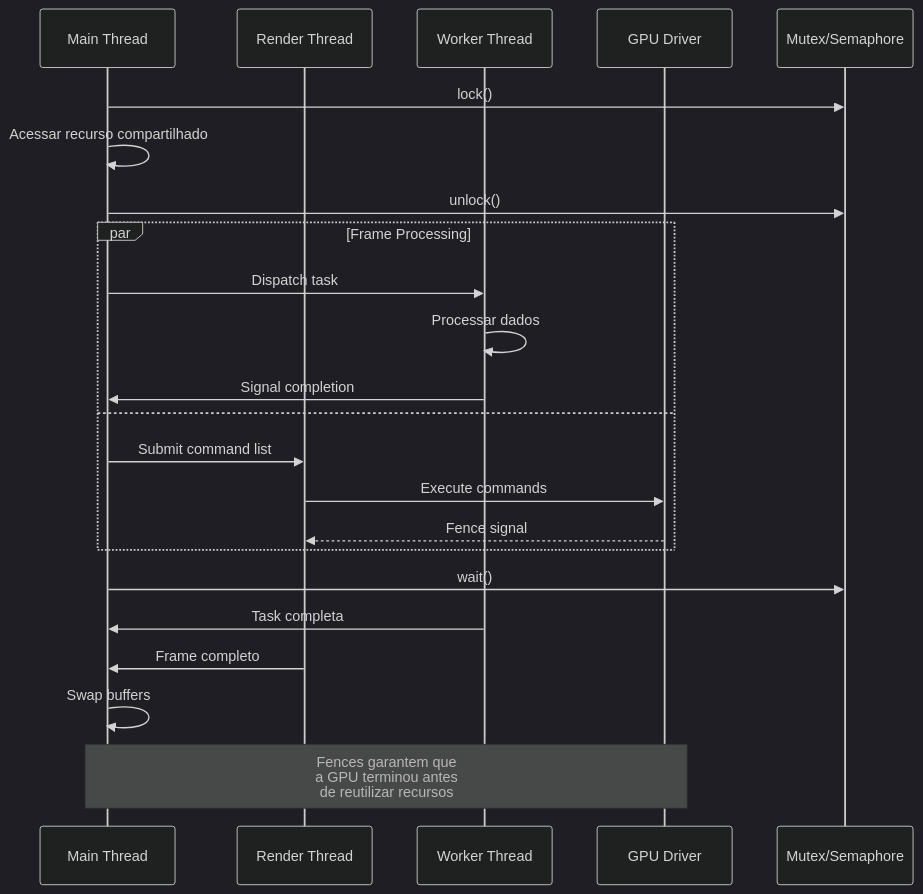
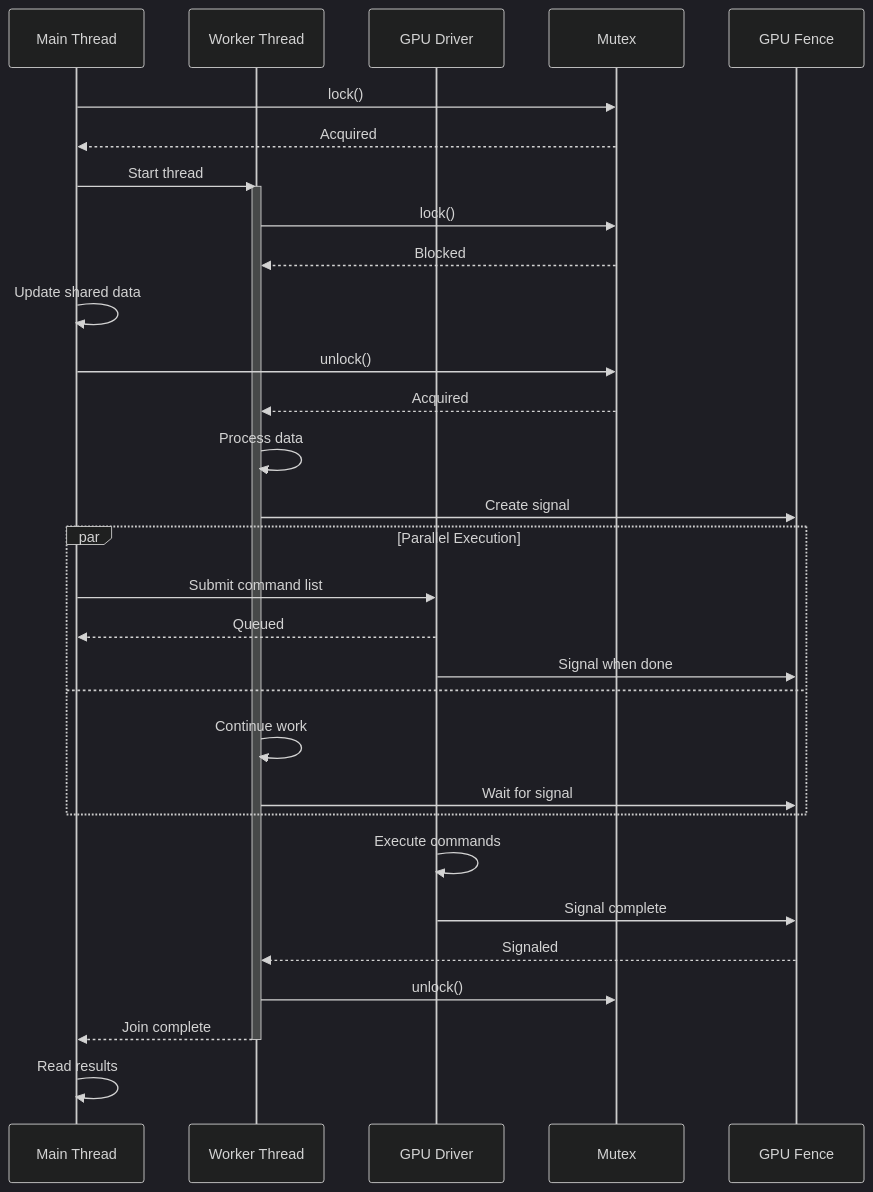
Diagram 12 of 12 in DIAGRAMS.md (PHandradee/Kore), drawn with Mermaid (dark theme) before and after one commit. The commit also changed other lines of this file and 4 other files, not shown here.

````diff
--- a/DIAGRAMS.md
+++ b/DIAGRAMS.md
@@ -717,30 +757,43 @@
 ```mermaid
 sequenceDiagram
     participant Main as Main Thread
-    participant Render as Render Thread
     participant Worker as Worker Thread
     participant GPU as GPU Driver
-    participant Mutex as Mutex/Semaphore
+    participant Mutex as Mutex
+    participant Fence as GPU Fence
     
     Main->>Mutex: lock()
-    Main->>Main: Acessar recurso compartilhado
+    Mutex-->>Main: Acquired
+    
+    Main->>Worker: Start thread
+    activate Worker
+    
+    Worker->>Mutex: lock()
+    Mutex-->>Worker: Blocked
+    
+    Main->>Main: Update shared data
     Main->>Mutex: unlock()
+    Mutex-->>Worker: Acquired
     
-    par Frame Processing
-        Main->>Worker: Dispatch task
-        Worker->>Worker: Processar dados
-        Worker->>Main: Signal completion
+    Worker->>Worker: Process data
+    Worker->>Fence: Create signal
+    
+    par Parallel Execution
+        Main->>GPU: Submit command list
+        GPU-->>Main: Queued
+        GPU->>Fence: Signal when done
     and
-        Main->>Render: Submit command list
-        Render->>GPU: Execute commands
-        GPU-->>Render: Fence signal
+        Worker->>Worker: Continue work
+        Worker->>Fence: Wait for signal
     end
     
-    Main->>Mutex: wait()
-    Worker->>Main: Task completa
+    GPU->>GPU: Execute commands
+    GPU->>Fence: Signal complete
+    Fence-->>Worker: Signaled
     
-    Render->>Main: Frame completo
-    Main->>Main: Swap buffers
+    Worker->>Mutex: unlock()
+    Worker-->>Main: Join complete
+    deactivate Worker
     
-    Note over Main,GPU: Fences garantem que<br/>a GPU terminou antes<br/>de reutilizar recursos
+    Main->>Main: Read results
 ```
````
